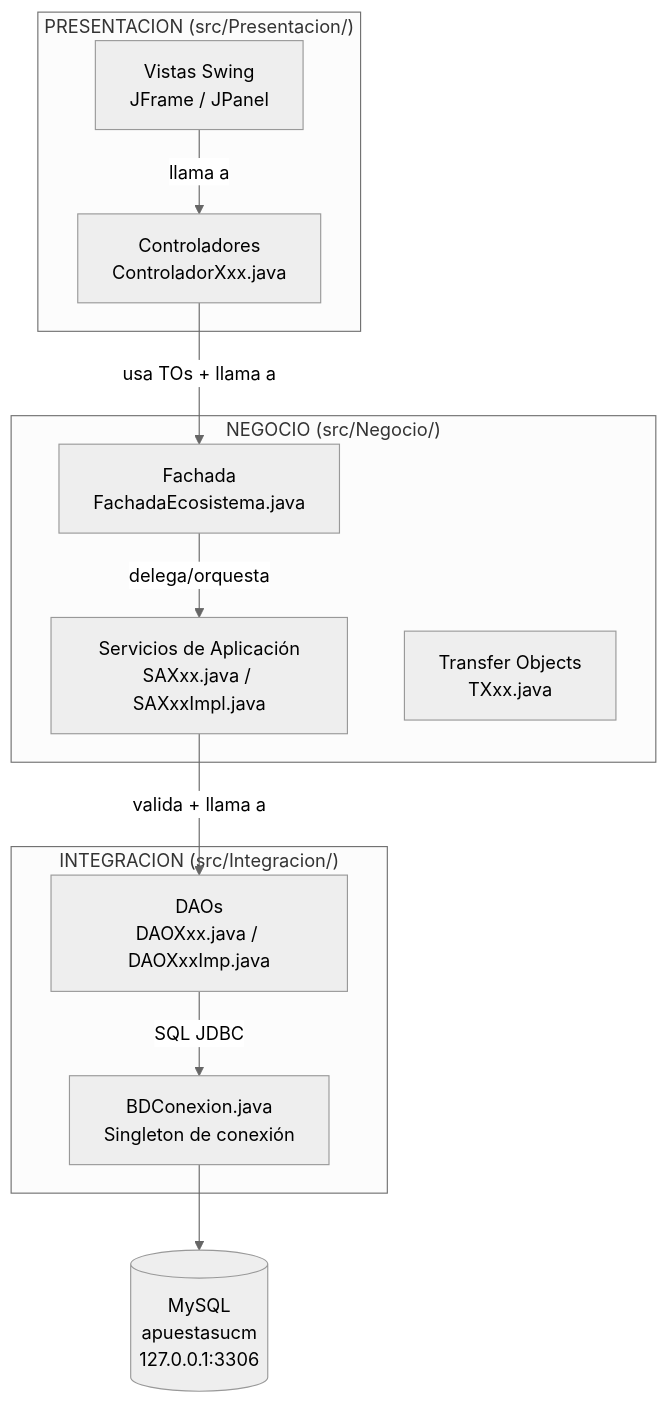
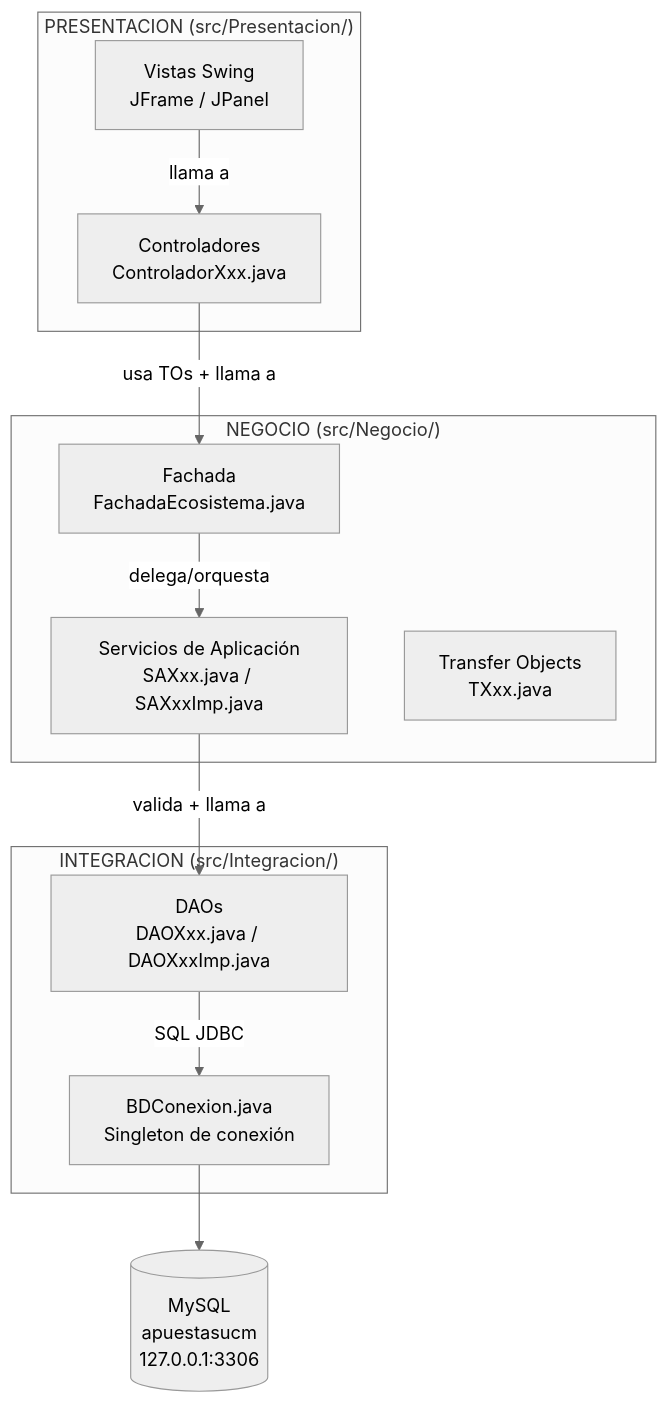
Before and after one commit to pelayp01/APUESTASUCM: the first of 14 diagrams in guias/guiaCompleta.md, drawn with Mermaid (neutral theme). The commit also changed other lines of this file, not shown here.

````diff
--- a/guias/guiaCompleta.md
+++ b/guias/guiaCompleta.md
@@ -24,27 +25,27 @@
 ```mermaid
 graph TB
     subgraph "PRESENTACION (src/Presentacion/)"
         V[Vistas Swing\nJFrame / JPanel]
         C[Controladores\nControladorXxx.java]
     end
 
     subgraph "NEGOCIO (src/Negocio/)"
         F[Fachada\nFachadaEcosistema.java]
-        SA[Servicios de Aplicación\nSAXxx.java / SAXxxImpl.java]
+        SA[Servicios de Aplicación\nSAXxx.java / SAXxxImp.java]
         T[Transfer Objects\nTXxx.java]
     end
 
     subgraph "INTEGRACION (src/Integracion/)"
         DAO[DAOs\nDAOXxx.java / DAOXxxImp.java]
         BD[BDConexion.java\nSingleton de conexión]
     end
 
     DB[(MySQL\napuestasucm\n127.0.0.1:3306)]
 
     V -- "llama a" --> C
     C -- "usa TOs + llama a" --> F
     F -- "delega/orquesta" --> SA
     SA -- "valida + llama a" --> DAO
     DAO -- "SQL JDBC" --> BD
     BD --> DB
 ```
````
